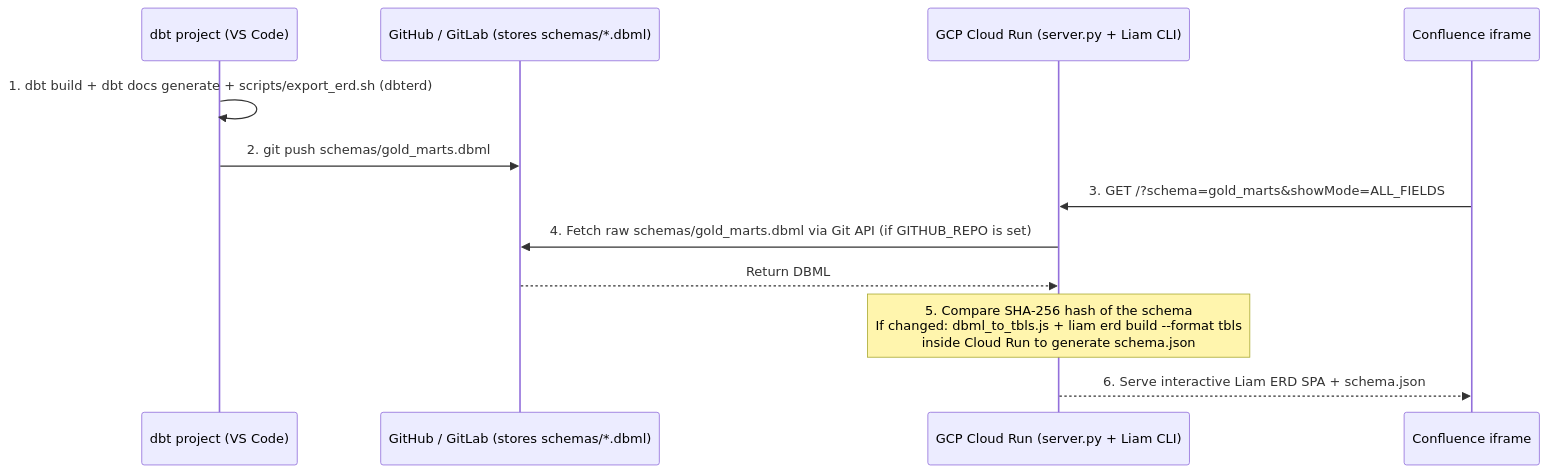
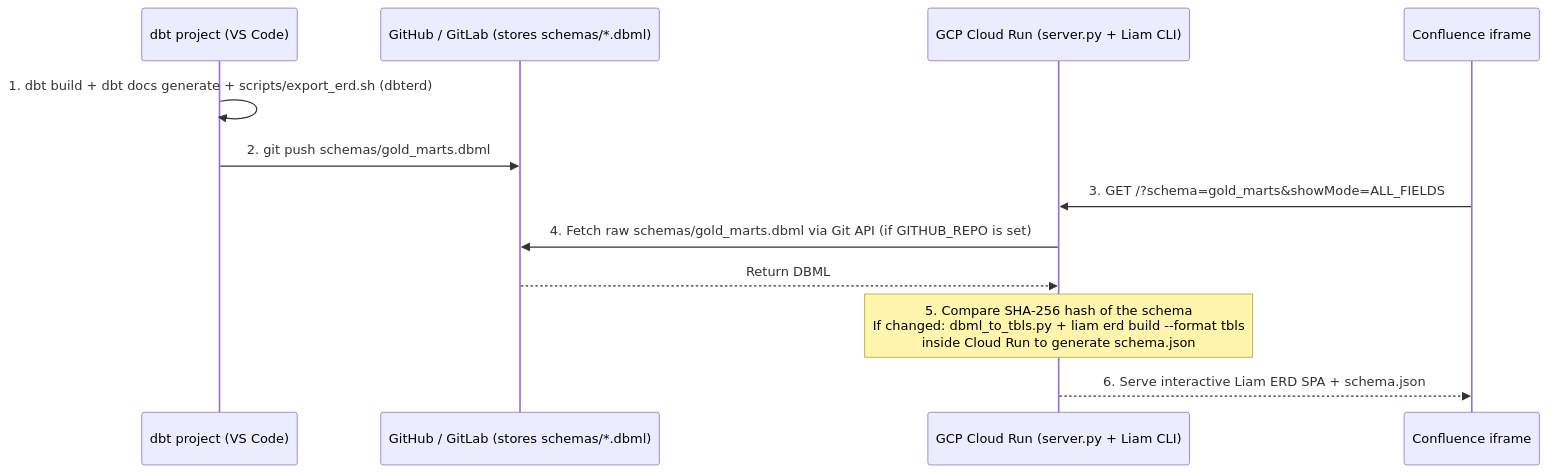
One commit to OrestOhorodnyk/db_visualisation changed the diagram in README.md. Above: the diagram before and after it, drawn with Mermaid. The commit also changed other lines of this file and 6 other files, not shown here.

````diff
--- a/README.md
+++ b/README.md
@@ -5,15 +5,15 @@
 ```mermaid
 sequenceDiagram
     participant Dev as dbt project (VS Code)
     participant Git as GitHub / GitLab (stores schemas/*.dbml)
     participant GCR as GCP Cloud Run (server.py + Liam CLI)
     participant Conf as Confluence iframe
 
     Dev->>Dev: 1. dbt build + dbt docs generate + scripts/export_erd.sh (dbterd)
     Dev->>Git: 2. git push schemas/gold_marts.dbml
     Conf->>GCR: 3. GET /?schema=gold_marts&showMode=ALL_FIELDS
     GCR->>Git: 4. Fetch raw schemas/gold_marts.dbml via Git API (if GITHUB_REPO is set)
     Git-->>GCR: Return DBML
-    Note over GCR: 5. Compare SHA-256 hash of the schema<br/>If changed: dbml_to_tbls.js + liam erd build --format tbls<br/>inside Cloud Run to generate schema.json
+    Note over GCR: 5. Compare SHA-256 hash of the schema<br/>If changed: dbml_to_tbls.py + liam erd build --format tbls<br/>inside Cloud Run to generate schema.json
     GCR-->>Conf: 6. Serve interactive Liam ERD SPA + schema.json
 ```
````
